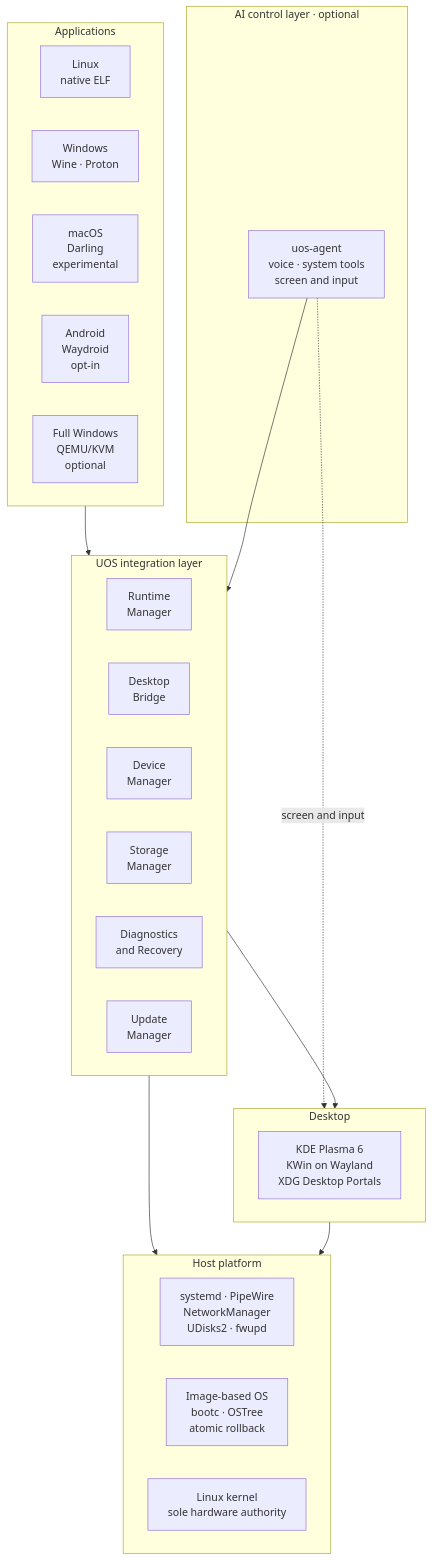
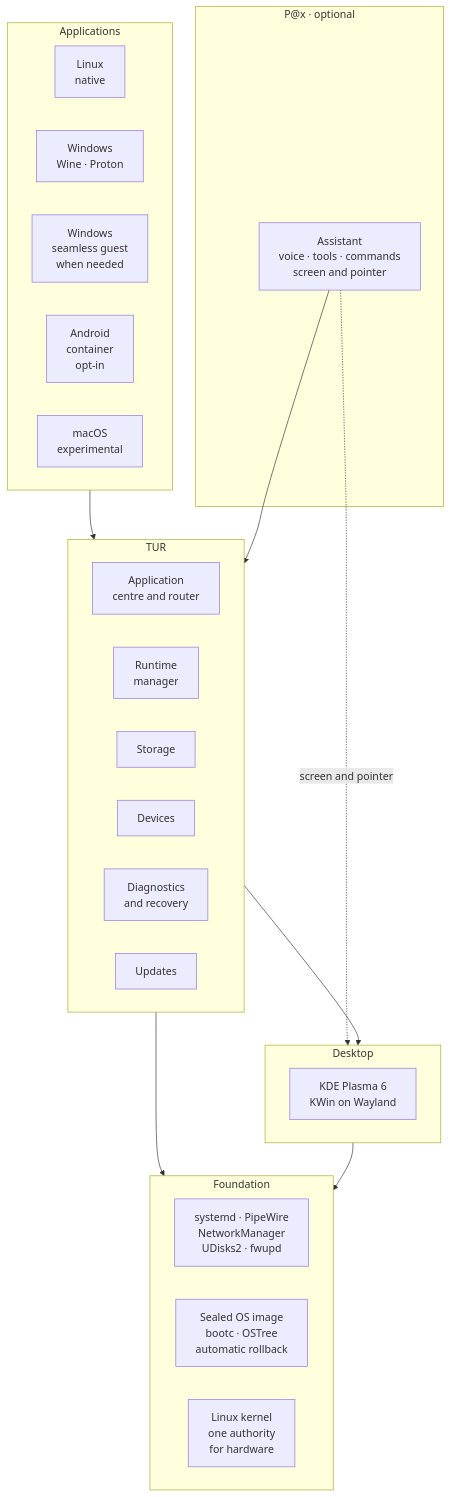
One commit to giorgiogiudice/TUR changed the diagram in README.md. Above: the diagram before and after it, drawn with Mermaid. The commit also changed other lines of this file and 3 other files, not shown here.

````diff
--- a/README.md
+++ b/README.md
@@ -112,43 +168,43 @@
 ```mermaid
 flowchart TB
     subgraph APPS["Applications"]
         direction LR
-        L["Linux<br/>native ELF"]
+        L["Linux<br/>native"]
         W["Windows<br/>Wine · Proton"]
-        M["macOS<br/>Darling<br/>experimental"]
-        AN["Android<br/>Waydroid<br/>opt-in"]
-        V["Full Windows<br/>QEMU/KVM<br/>optional"]
+        V["Windows<br/>seamless guest<br/>when needed"]
+        AN["Android<br/>container<br/>opt-in"]
+        M["macOS<br/>experimental"]
     end
 
-    subgraph AI["AI control layer · optional"]
-        AG["uos-agent<br/>voice · system tools<br/>screen and input"]
+    subgraph AI["P@x · optional"]
+        AG["Assistant<br/>voice · tools · commands<br/>screen and pointer"]
     end
 
-    subgraph UOS["UOS integration layer"]
+    subgraph TUR["TUR"]
         direction LR
-        RT["Runtime<br/>Manager"]
-        DB["Desktop<br/>Bridge"]
-        DM["Device<br/>Manager"]
-        SM["Storage<br/>Manager"]
-        DG["Diagnostics<br/>and Recovery"]
-        UP["Update<br/>Manager"]
+        AC["Application<br/>centre and router"]
+        RT["Runtime<br/>manager"]
+        SM["Storage"]
+        DM["Devices"]
+        DG["Diagnostics<br/>and recovery"]
+        UP["Updates"]
     end
 
     subgraph DESK["Desktop"]
-        K["KDE Plasma 6<br/>KWin on Wayland<br/>XDG Desktop Portals"]
+        K["KDE Plasma 6<br/>KWin on Wayland"]
     end
 
-    subgraph HOST["Host platform"]
+    subgraph HOST["Foundation"]
         direction LR
         S["systemd · PipeWire<br/>NetworkManager<br/>UDisks2 · fwupd"]
-        I["Image-based OS<br/>bootc · OSTree<br/>atomic rollback"]
-        KN["Linux kernel<br/>sole hardware authority"]
+        I["Sealed OS image<br/>bootc · OSTree<br/>automatic rollback"]
+        KN["Linux kernel<br/>one authority<br/>for hardware"]
     end
 
-    APPS --> UOS
-    AG --> UOS
-    AG -. "screen and input" .-> DESK
-    UOS --> DESK
-    UOS --> HOST
+    APPS --> TUR
+    AG --> TUR
+    AG -. "screen and pointer" .-> DESK
+    TUR --> DESK
+    TUR --> HOST
     DESK --> HOST
 ```
````
